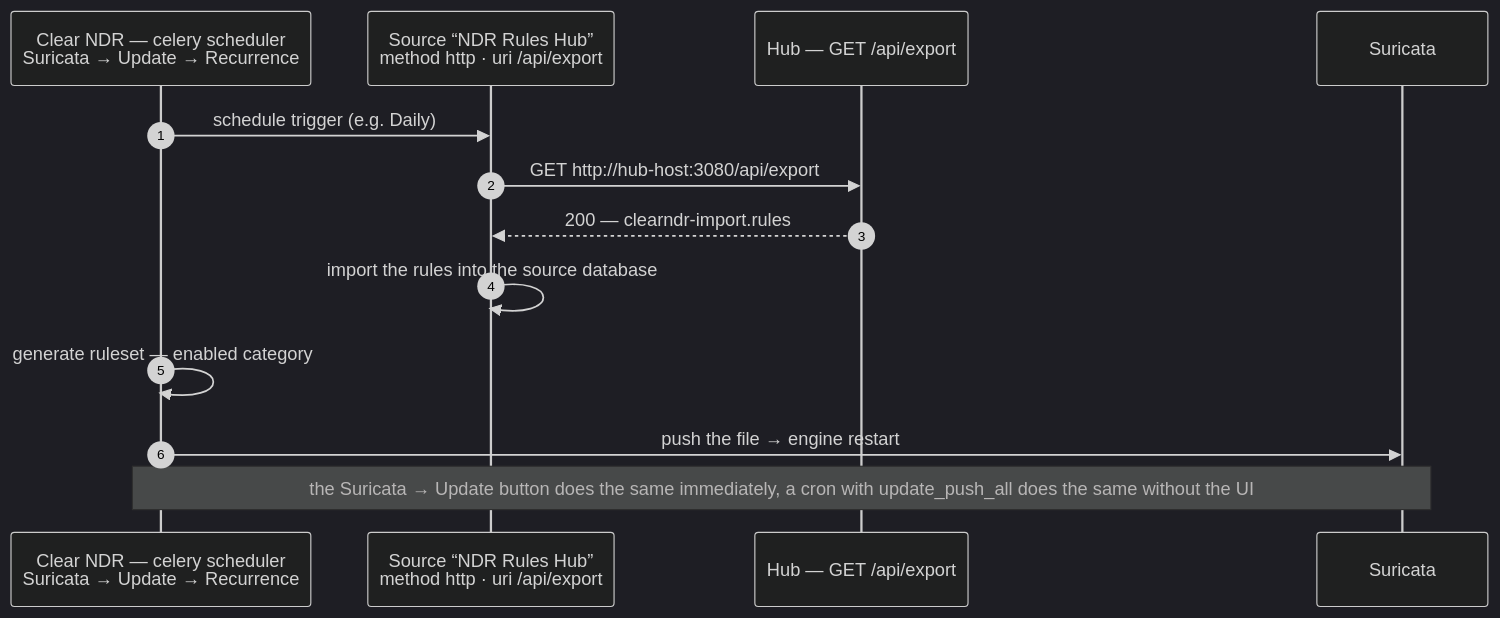
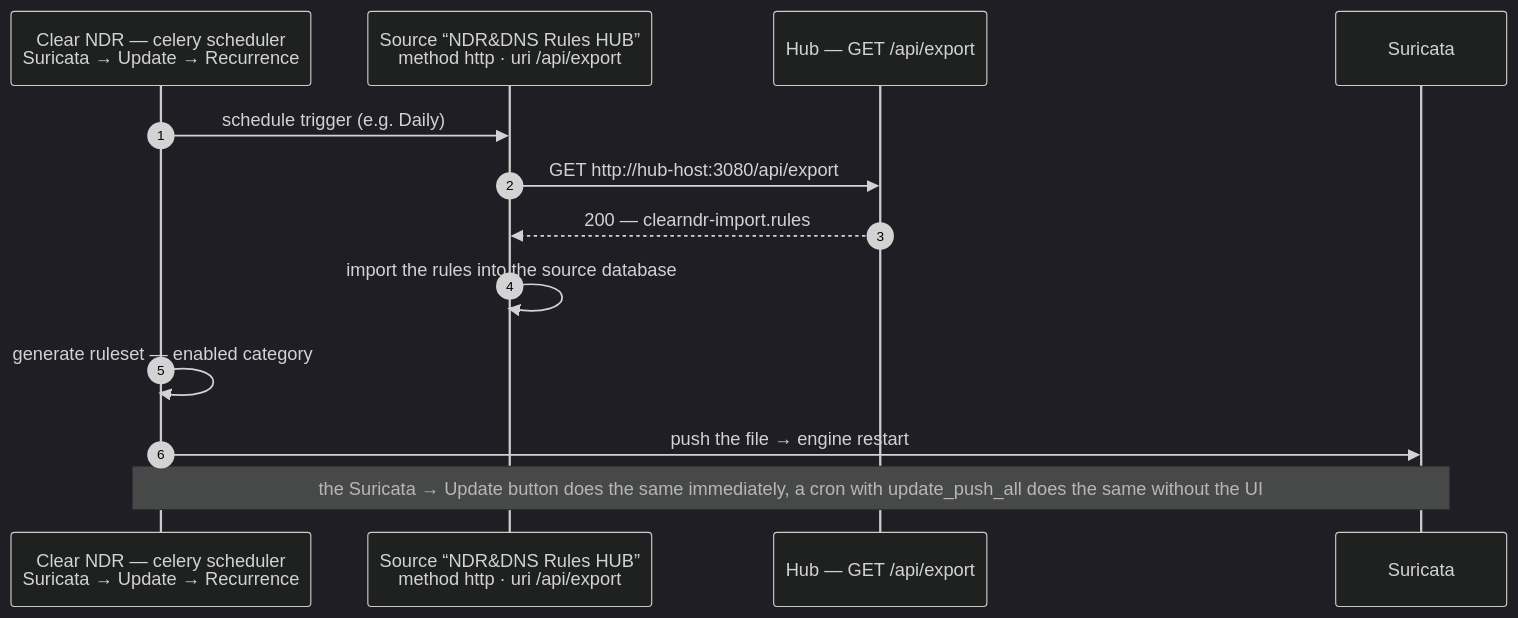
Before and after one commit to NoIDXMV6/ndr-rules-hub: the ninth of 9 diagrams in architecture.en.md, drawn with Mermaid (dark theme). The commit also changed other lines of this file and 64 other files, not shown here.

````diff
--- a/architecture.en.md
+++ b/architecture.en.md
@@ -660,16 +660,16 @@
 ```mermaid
 sequenceDiagram
     autonumber
     participant C as Clear NDR — celery scheduler<br/>Suricata → Update → Recurrence
-    participant S as Source “NDR Rules Hub”<br/>method http · uri /api/export
+    participant S as Source “NDR&DNS Rules HUB”<br/>method http · uri /api/export
     participant H as Hub — GET /api/export
     participant X as Suricata
 
     C->>S: schedule trigger (e.g. Daily)
     S->>H: GET http://hub-host:3080/api/export
     H-->>S: 200 — clearndr-import.rules
     S->>S: import the rules into the source database
     C->>C: generate ruleset — enabled category
     C->>X: push the file → engine restart
     Note over C,X: the Suricata → Update button does the same immediately, a cron with update_push_all does the same without the UI
 ```
````
